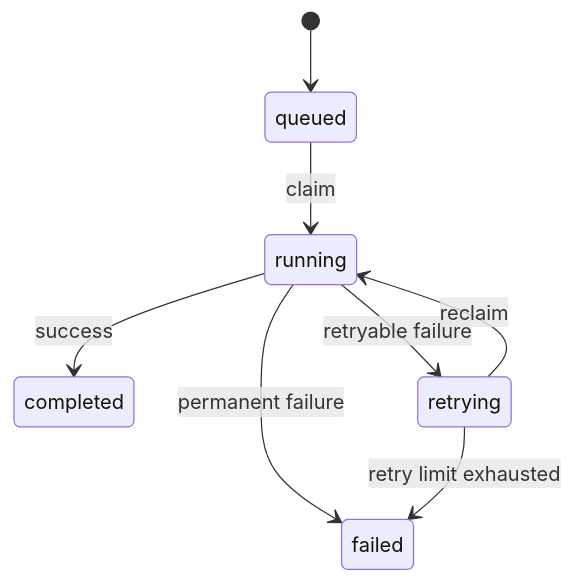
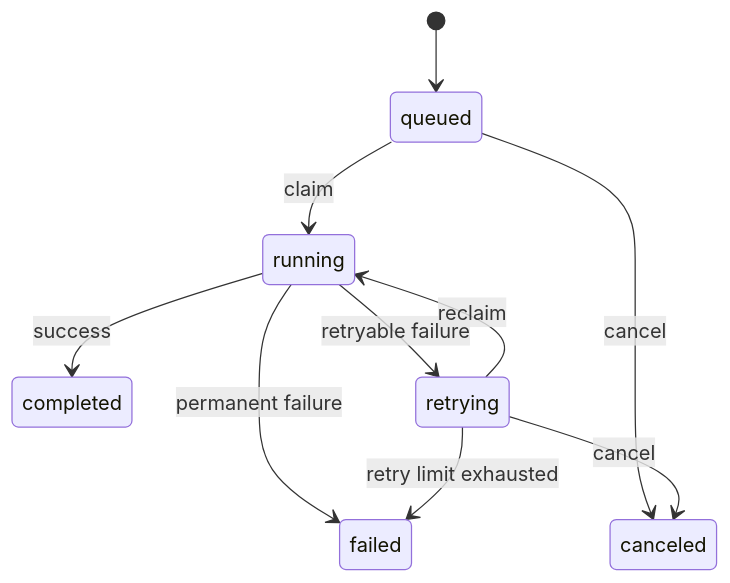
One commit to melika-kheirieh/async-job-api changed the second of 2 diagrams in README.md. Above: the diagram before and after it, drawn with Mermaid. The commit also changed other lines of this file and 4 other files, not shown here.

Commit message:
docs: polish project documentation and demo flow

````diff
--- a/README.md
+++ b/README.md
@@ -68,10 +101,12 @@
 ```mermaid
 stateDiagram-v2
     [*] --> queued
     queued --> running: claim
+    queued --> canceled: cancel
     running --> completed: success
     running --> failed: permanent failure
     running --> retrying: retryable failure
     retrying --> running: reclaim
+    retrying --> canceled: cancel
     retrying --> failed: retry limit exhausted
 ```
````
